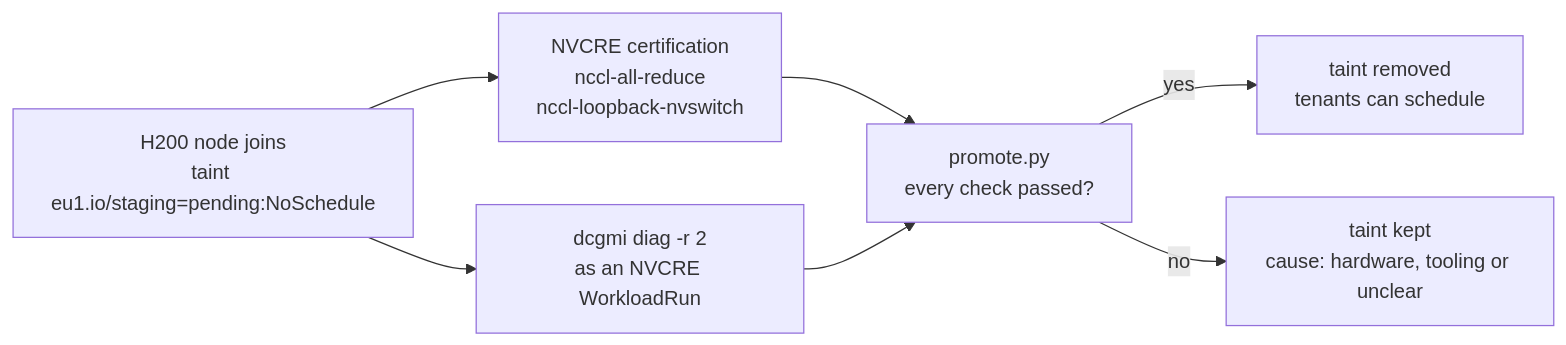
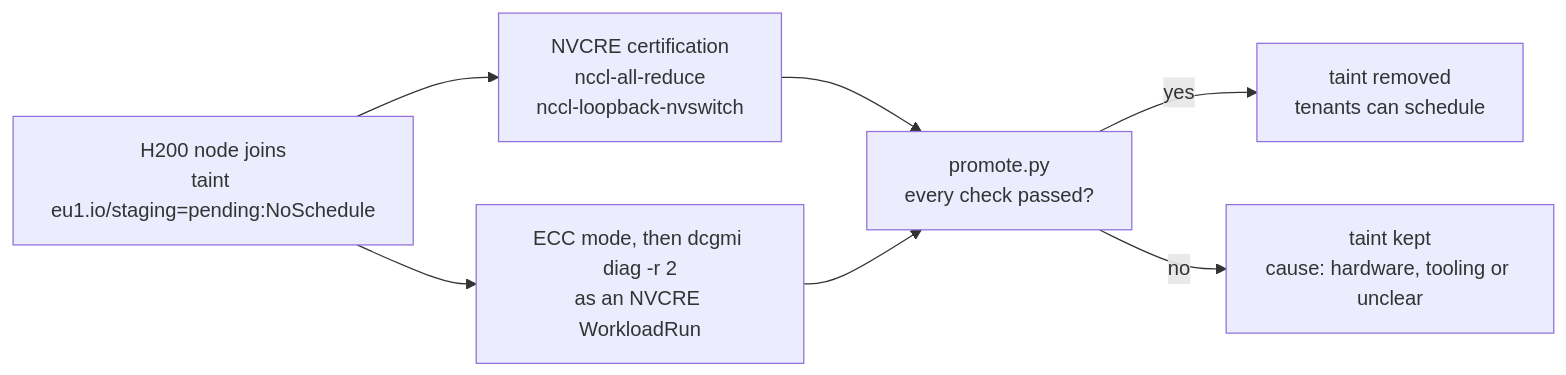
Before and after one commit to yassineteimi/ncp-partner-onboarding: the diagram in docs/10-day1-nvcre.md, drawn with Mermaid. The commit also changed other lines of this file and 6 other files, not shown here.

````diff
--- a/docs/10-day1-nvcre.md
+++ b/docs/10-day1-nvcre.md
@@ -18,9 +19,9 @@
 ```mermaid
 flowchart LR
   join["H200 node joins<br/>taint eu1.io/staging=pending:NoSchedule"] --> cert["NVCRE certification<br/>nccl-all-reduce<br/>nccl-loopback-nvswitch"]
-  join --> diag["dcgmi diag -r 2<br/>as an NVCRE WorkloadRun"]
+  join --> diag["ECC mode, then dcgmi diag -r 2<br/>as an NVCRE WorkloadRun"]
   cert --> gate["promote.py<br/>every check passed?"]
   diag --> gate
   gate -->|yes| open["taint removed<br/>tenants can schedule"]
   gate -->|no| keep["taint kept<br/>cause: hardware, tooling or unclear"]
 ```
````
